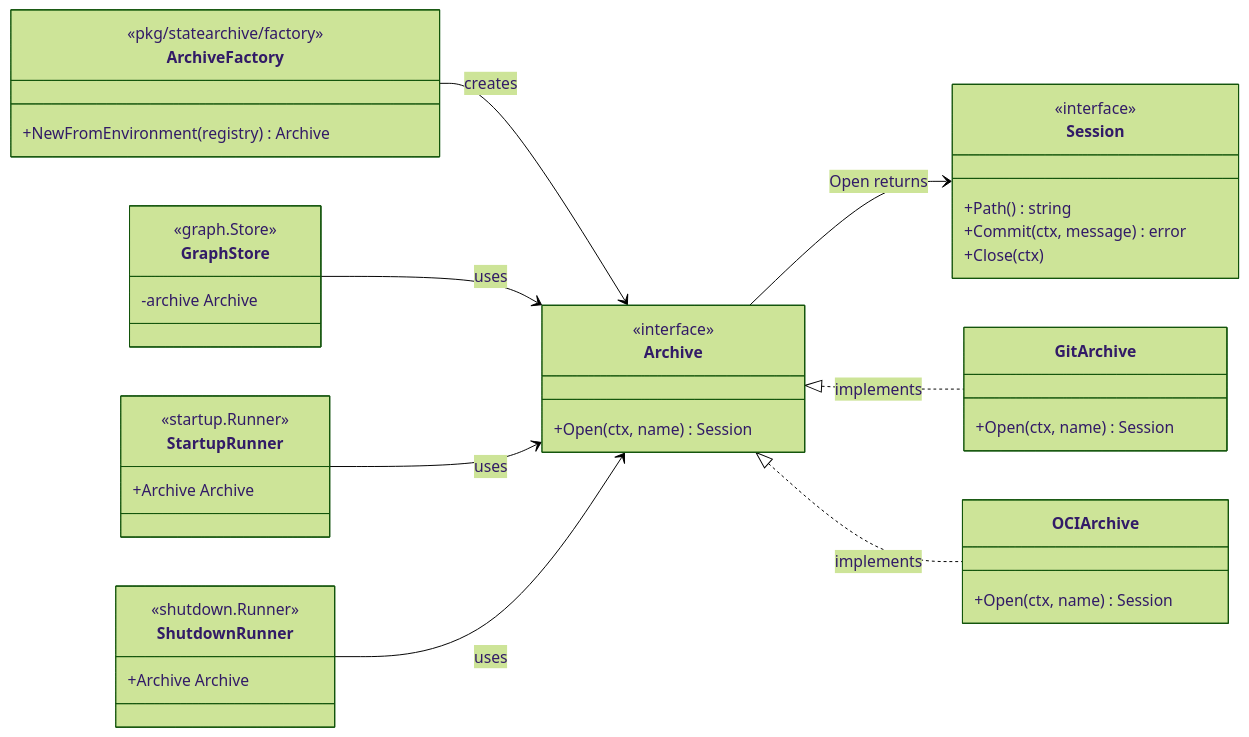
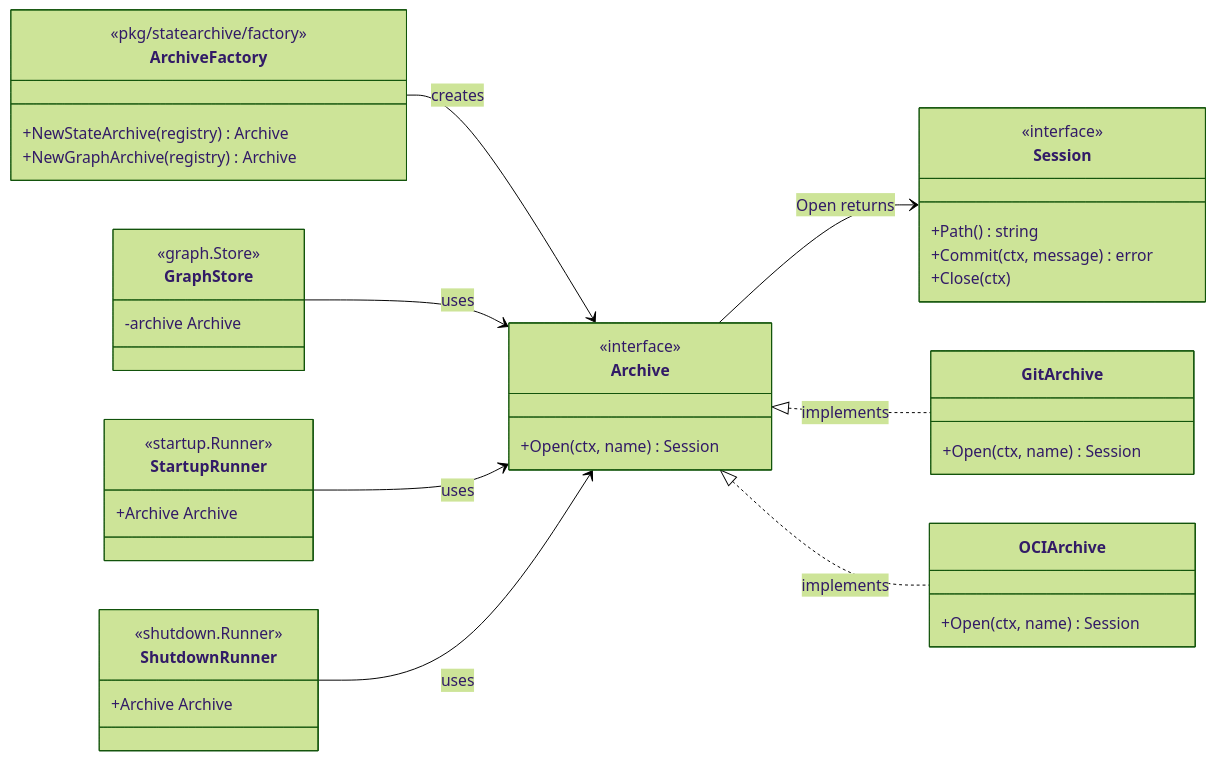
The second of 3 diagrams in eng/design-notes/architecture/2026-07-oci-ghcr-state-archive.md (radius-project/radius), drawn with Mermaid (forest theme) before and after one commit. The commit also changed other lines of this file and 6 other files, not shown here.

````diff
--- a/eng/design-notes/architecture/2026-07-oci-ghcr-state-archive.md
+++ b/eng/design-notes/architecture/2026-07-oci-ghcr-state-archive.md
@@ -79,45 +79,46 @@
 ```mermaid
 classDiagram
     direction LR
 
     class Archive {
         <<interface>>
         +Open(ctx, name) Session
     }
     class Session {
         <<interface>>
         +Path() string
         +Commit(ctx, message) error
         +Close(ctx)
     }
     class GitArchive {
         +Open(ctx, name) Session
     }
     class OCIArchive {
         +Open(ctx, name) Session
     }
     class ArchiveFactory {
         <<pkg/statearchive/factory>>
-        +NewFromEnvironment(registry) Archive
+        +NewStateArchive(registry) Archive
+        +NewGraphArchive(registry) Archive
     }
     class GraphStore {
         <<graph.Store>>
         -archive Archive
     }
     class StartupRunner {
         <<startup.Runner>>
         +Archive Archive
     }
     class ShutdownRunner {
         <<shutdown.Runner>>
         +Archive Archive
     }
 
     Archive --> Session : Open returns
     Archive <|.. GitArchive : implements
     Archive <|.. OCIArchive : implements
     ArchiveFactory --> Archive : creates
     GraphStore --> Archive : uses
     StartupRunner --> Archive : uses
     ShutdownRunner --> Archive : uses
 ```
````
